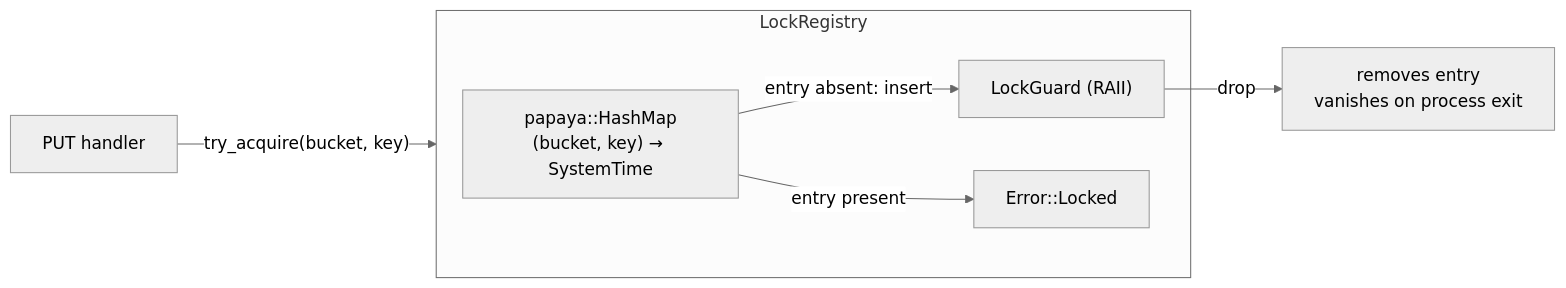
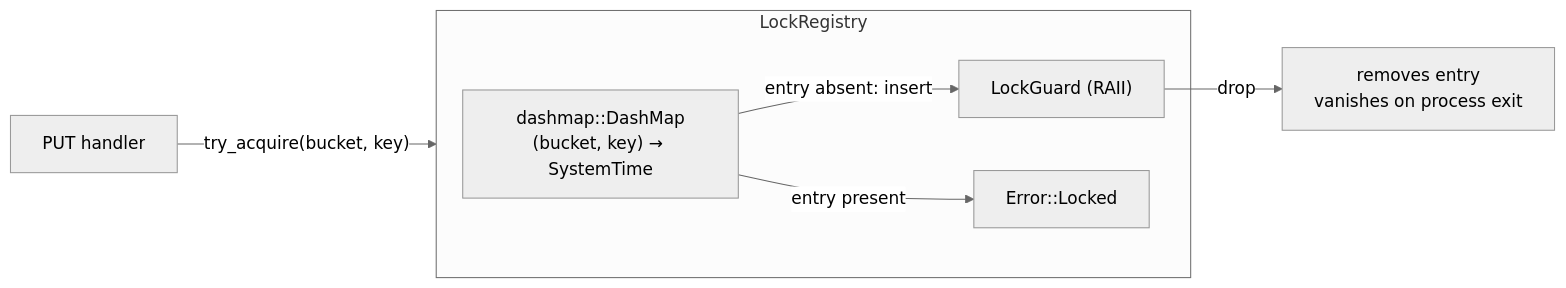
The sixth of 7 diagrams in docs/architecture.md (Quyzi/y2q), drawn with Mermaid (neutral theme) before and after one commit. The commit also changed other lines of this file and 4 other files, not shown here.

````diff
--- a/docs/architecture.md
+++ b/docs/architecture.md
@@ -241,10 +245,10 @@
 ```mermaid
 flowchart LR
     PUT["PUT handler"] -->|"try_acquire(bucket, key)"| LR
     subgraph LR["LockRegistry"]
-        MAP["papaya::HashMap\n(bucket, key) → SystemTime"]
+        MAP["dashmap::DashMap\n(bucket, key) → SystemTime"]
         MAP -->|"entry absent: insert"| GUARD["LockGuard (RAII)"]
         MAP -->|"entry present"| ERR["Error::Locked"]
     end
     GUARD -->|"drop"| REMOVE["removes entry\nvanishes on process exit"]
 ```
````
